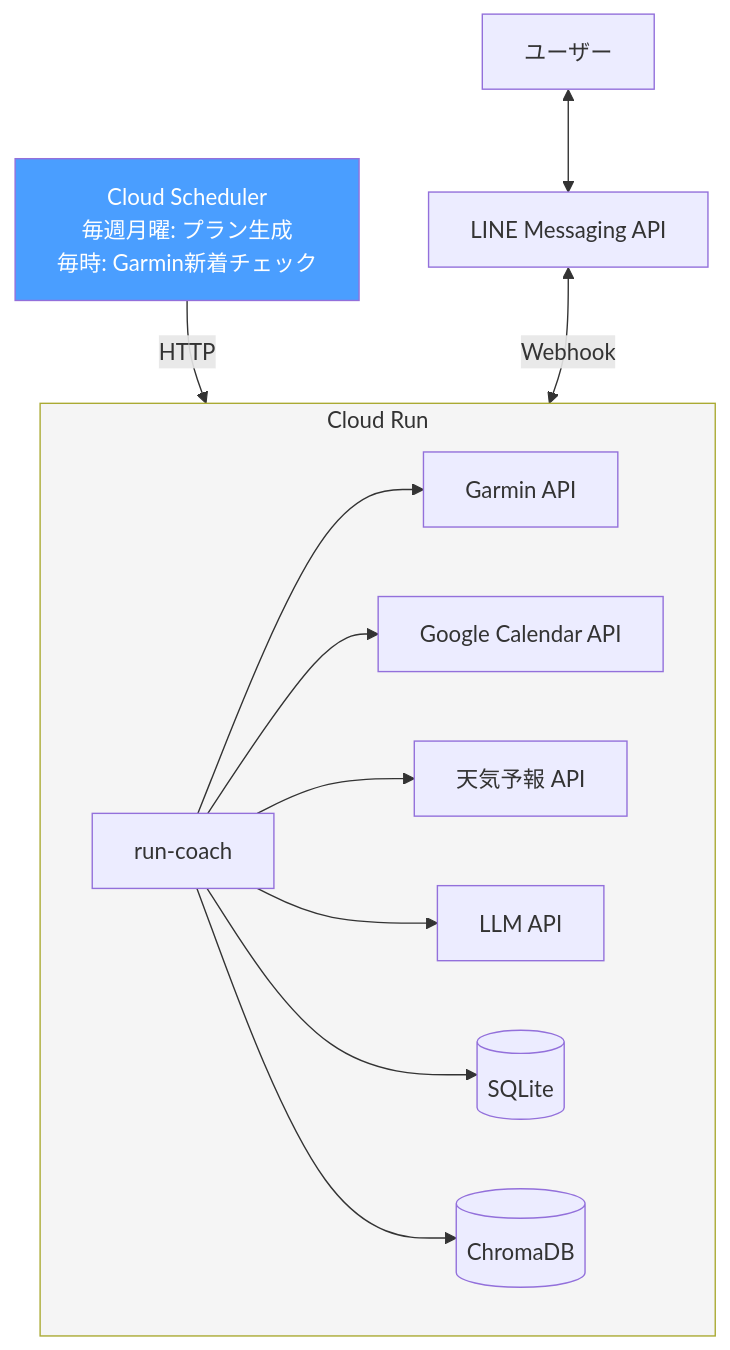
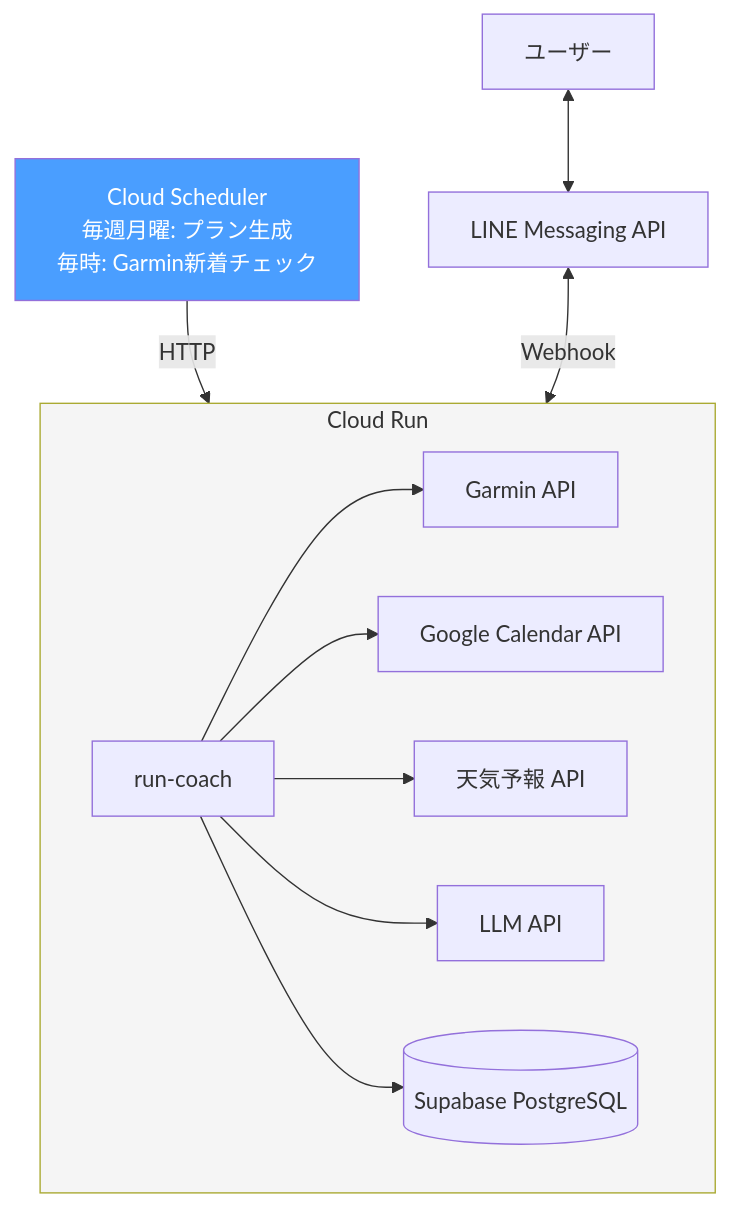
One commit to fuzztarou/run-coach changed the fifth of 5 diagrams in DESIGN.md. Above: the diagram before and after it, drawn with Mermaid. The commit also changed other lines of this file and 4 other files, not shown here.

````diff
--- a/DESIGN.md
+++ b/DESIGN.md
@@ -239,21 +238,20 @@
 ```mermaid
 flowchart TB
     CS[Cloud Scheduler<br>毎週月曜: プラン生成<br>毎時: Garmin新着チェック]
 
     subgraph CR[Cloud Run]
         API[run-coach]
         API --> G2[Garmin API]
         API --> GC[Google Calendar API]
         API --> WA[天気予報 API]
         API --> LLM2[LLM API]
-        API --> DB[(SQLite)]
-        API --> VDB[(ChromaDB)]
+        API --> DB[(Supabase PostgreSQL)]
     end
 
     CS -->|HTTP| CR
     LN[LINE Messaging API] <-->|Webhook| CR
     U[ユーザー] <--> LN
 
     style CS fill:#4a9eff,color:#fff
     style CR fill:#f5f5f5,color:#333
 ```
````
